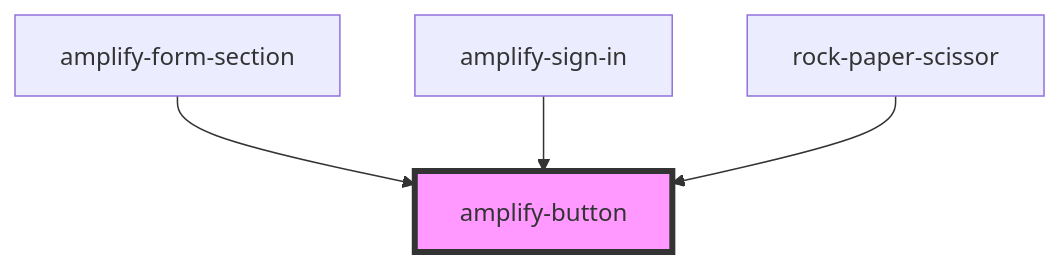
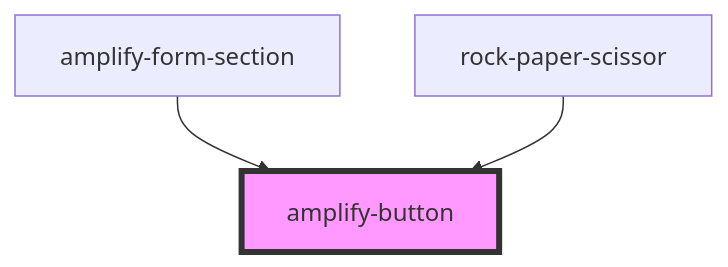
Before and after one commit to aws-amplify/amplify-js: the diagram in packages/amplify-ui-components/src/components/amplify-button/readme.md, drawn with Mermaid. The commit also changed other lines of this file and 32 other files, not shown here.

````diff
--- a/packages/amplify-ui-components/src/components/amplify-button/readme.md
+++ b/packages/amplify-ui-components/src/components/amplify-button/readme.md
@@ -26,7 +25,6 @@
 ```mermaid
 graph TD;
   amplify-form-section --> amplify-button
-  amplify-sign-in --> amplify-button
   rock-paper-scissor --> amplify-button
   style amplify-button fill:#f9f,stroke:#333,stroke-width:4px
 ```
````
